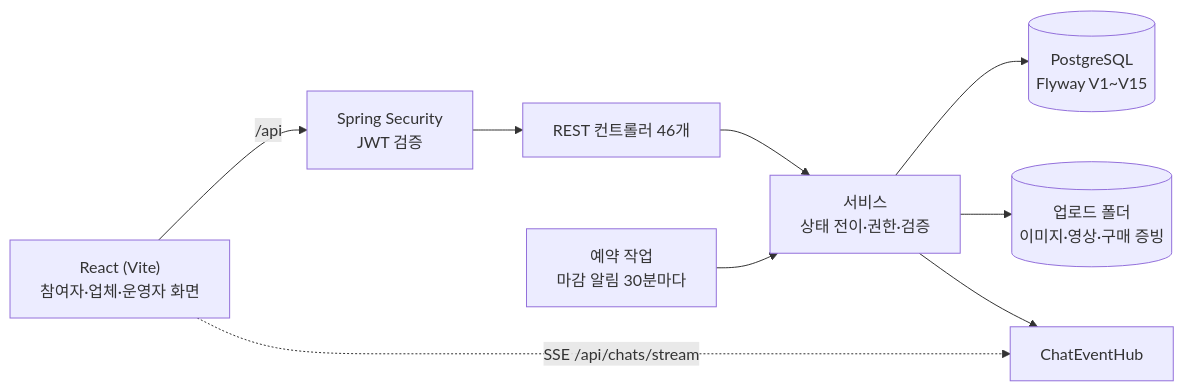
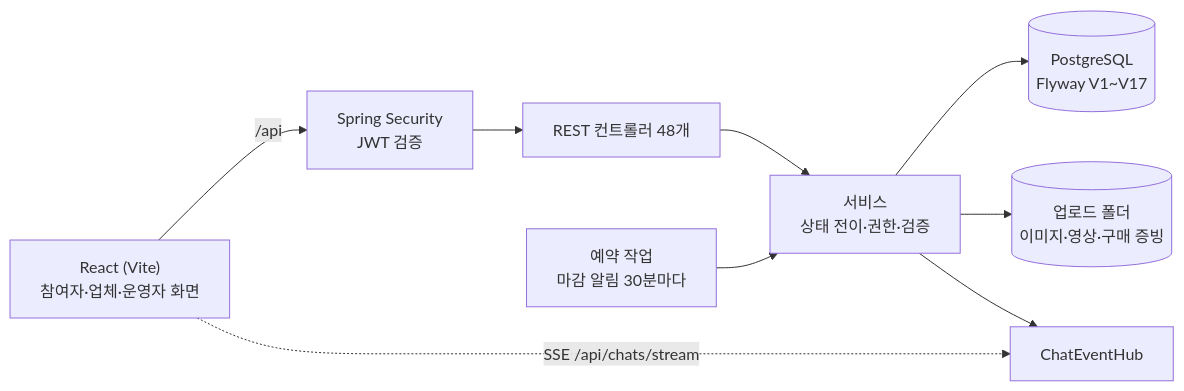
One commit to yoo-jin-k/movrit-backend changed the first of 2 diagrams in README.md. Above: the diagram before and after it, drawn with Mermaid. The commit also changed other lines of this file and 9 other files, not shown here.

````diff
--- a/README.md
+++ b/README.md
@@ -67,10 +70,10 @@
 ```mermaid
 flowchart LR
   FE["React (Vite)<br/>참여자·업체·운영자 화면"] -- "/api" --> SEC["Spring Security<br/>JWT 검증"]
   FE -. "SSE /api/chats/stream" .-> CHAT["ChatEventHub"]
-  SEC --> API["REST 컨트롤러 46개"] --> SVC["서비스<br/>상태 전이·권한·검증"]
-  SVC --> DB[("PostgreSQL<br/>Flyway V1~V15")]
+  SEC --> API["REST 컨트롤러 48개"] --> SVC["서비스<br/>상태 전이·권한·검증"]
+  SVC --> DB[("PostgreSQL<br/>Flyway V1~V17")]
   SVC --> FS[("업로드 폴더<br/>이미지·영상·구매 증빙")]
   SVC --> CHAT
   JOB["예약 작업<br/>마감 알림 30분마다"] --> SVC
 ```
````
